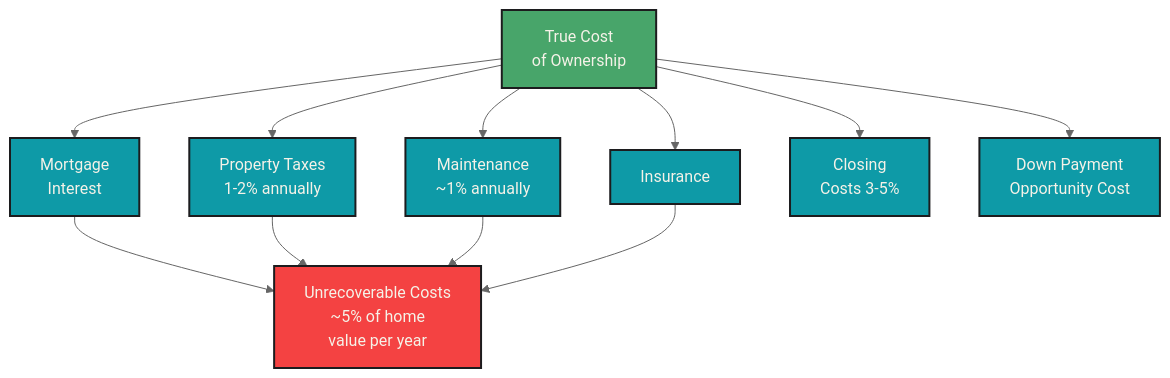
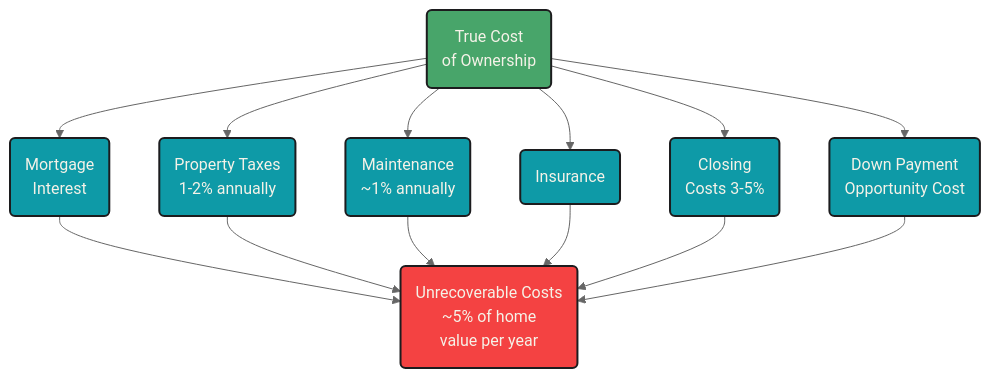
Before and after one commit to mjfrigaard/fm-finance: the first of 2 diagrams in major_purchases.qmd, drawn with Mermaid. The commit also changed other lines of this file and 20 other files, not shown here.

Commit message:
updates to mermaid diagrams

````diff
--- a/major_purchases.qmd
+++ b/major_purchases.qmd
@@ -49,26 +33,28 @@
 ```{mermaid}
 %%| fig-cap: 'Home Ownership'
 %%| fig-align: center
-%%{init: {'theme': 'neutral', 'themeVariables': { 'fontFamily': 'monospace', "fontSize":"16px"}}}%%
+%%{init: {'theme': 'neutral', 'themeVariables': { 'fontFamily': 'monospace', "darkMode":false, "fontSize":"16px"}}}%%
 
 flowchart TD
-    HomeCosts[True Cost<br>of Ownership] --> Mortgage[Mortgage<br>Interest]
-    HomeCosts --> PropTax[Property Taxes<br>1-2% annually]
-    HomeCosts --> Maintenance[Maintenance<br>~1% annually]
-    HomeCosts --> Insurance[Insurance]
-    HomeCosts --> Closing[Closing<br>Costs 3-5%]
-    HomeCosts --> Opportunity2[Down Payment<br>Opportunity Cost]
+    HomeCosts("True Cost<br>of Ownership") --> Mortgage("Mortgage<br>Interest")
+    HomeCosts --> PropTax("Property Taxes<br>1-2% annually")
+    HomeCosts --> Maintenance("Maintenance<br>~1% annually")
+    HomeCosts --> Insurance("Insurance")
+    HomeCosts --> Closing("Closing<br>Costs 3-5%")
+    HomeCosts --> Opportunity2("Down Payment<br>Opportunity Cost")
 
-    Mortgage --> UnrecovCost[Unrecoverable Costs<br>~5% of home<br>value per year]
+    Mortgage --> UnrecovCost("Unrecoverable Costs<br>~5% of home<br>value per year")
     PropTax --> UnrecovCost
     Maintenance --> UnrecovCost
     Insurance --> UnrecovCost
+    Closing --> UnrecovCost
+    Opportunity2 --> UnrecovCost
     style HomeCosts fill:#48a56a,color:#F5F2E8,stroke:#1C1C1E,stroke-width:2px
     style Mortgage fill:#0e9aa7,color:#F5F2E8,stroke:#1C1C1E,stroke-width:2px
     style PropTax fill:#0e9aa7,color:#F5F2E8,stroke:#1C1C1E,stroke-width:2px
     style Maintenance fill:#0e9aa7,color:#F5F2E8,stroke:#1C1C1E,stroke-width:2px
     style Insurance fill:#0e9aa7,color:#F5F2E8,stroke:#1C1C1E,stroke-width:2px
     style Closing fill:#0e9aa7,color:#F5F2E8,stroke:#1C1C1E,stroke-width:2px
     style Opportunity2 fill:#0e9aa7,color:#F5F2E8,stroke:#1C1C1E,stroke-width:2px
     style UnrecovCost fill:#f44242,color:#F5F2E8,stroke:#1C1C1E,stroke-width:2px
 ```
````
